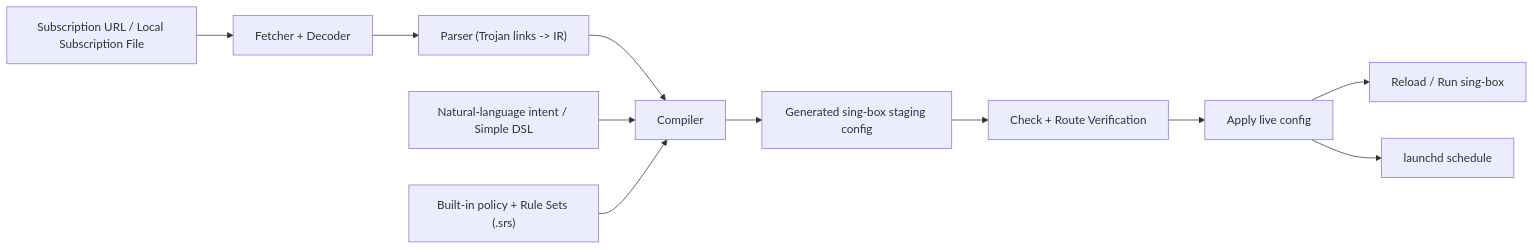
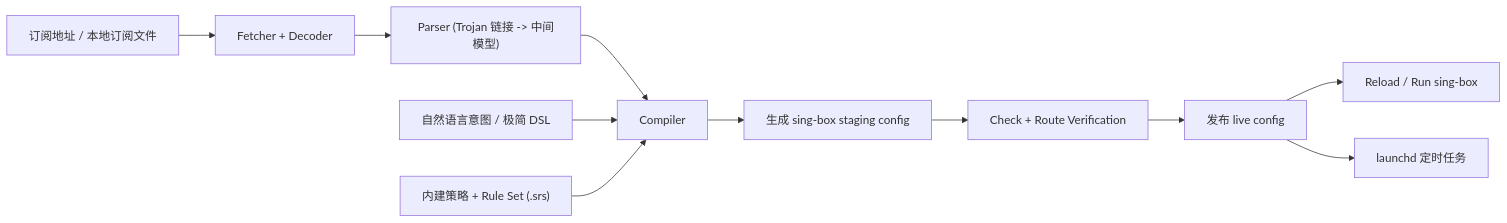
The first of 2 diagrams in README.md (menlong999/singbox-iac), drawn with Mermaid before and after one commit. The commit also changed other lines of this file and 2 other files, not shown here.

````diff
--- a/README.md
+++ b/README.md
@@ -52,13 +41,13 @@
 ```mermaid
 flowchart LR
-    A["Subscription URL / Local Subscription File"] --> B["Fetcher + Decoder"]
-    B --> C["Parser (Trojan links -> IR)"]
+    A["订阅地址 / 本地订阅文件"] --> B["Fetcher + Decoder"]
+    B --> C["Parser (Trojan 链接 -> 中间模型)"]
     C --> D["Compiler"]
-    E["Natural-language intent / Simple DSL"] --> D
-    F["Built-in policy + Rule Sets (.srs)"] --> D
-    D --> G["Generated sing-box staging config"]
+    E["自然语言意图 / 极简 DSL"] --> D
+    F["内建策略 + Rule Set (.srs)"] --> D
+    D --> G["生成 sing-box staging config"]
     G --> H["Check + Route Verification"]
-    H --> I["Apply live config"]
+    H --> I["发布 live config"]
     I --> J["Reload / Run sing-box"]
-    I --> K["launchd schedule"]
+    I --> K["launchd 定时任务"]
 ```
````
